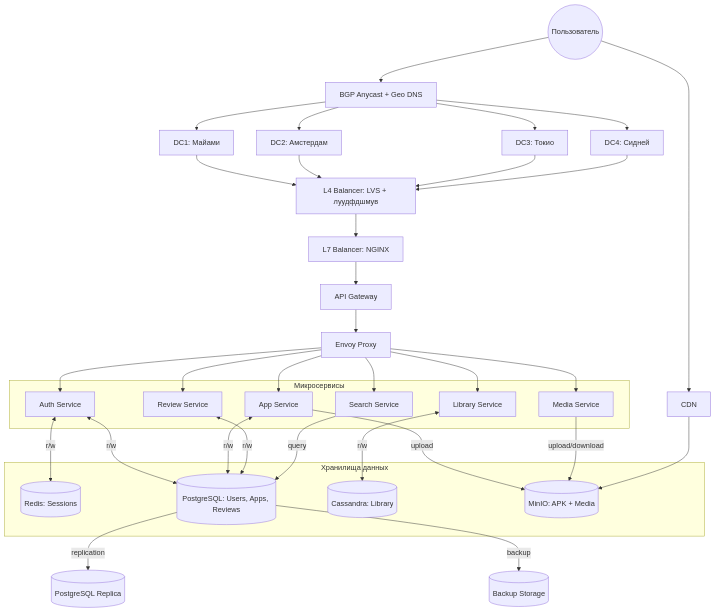
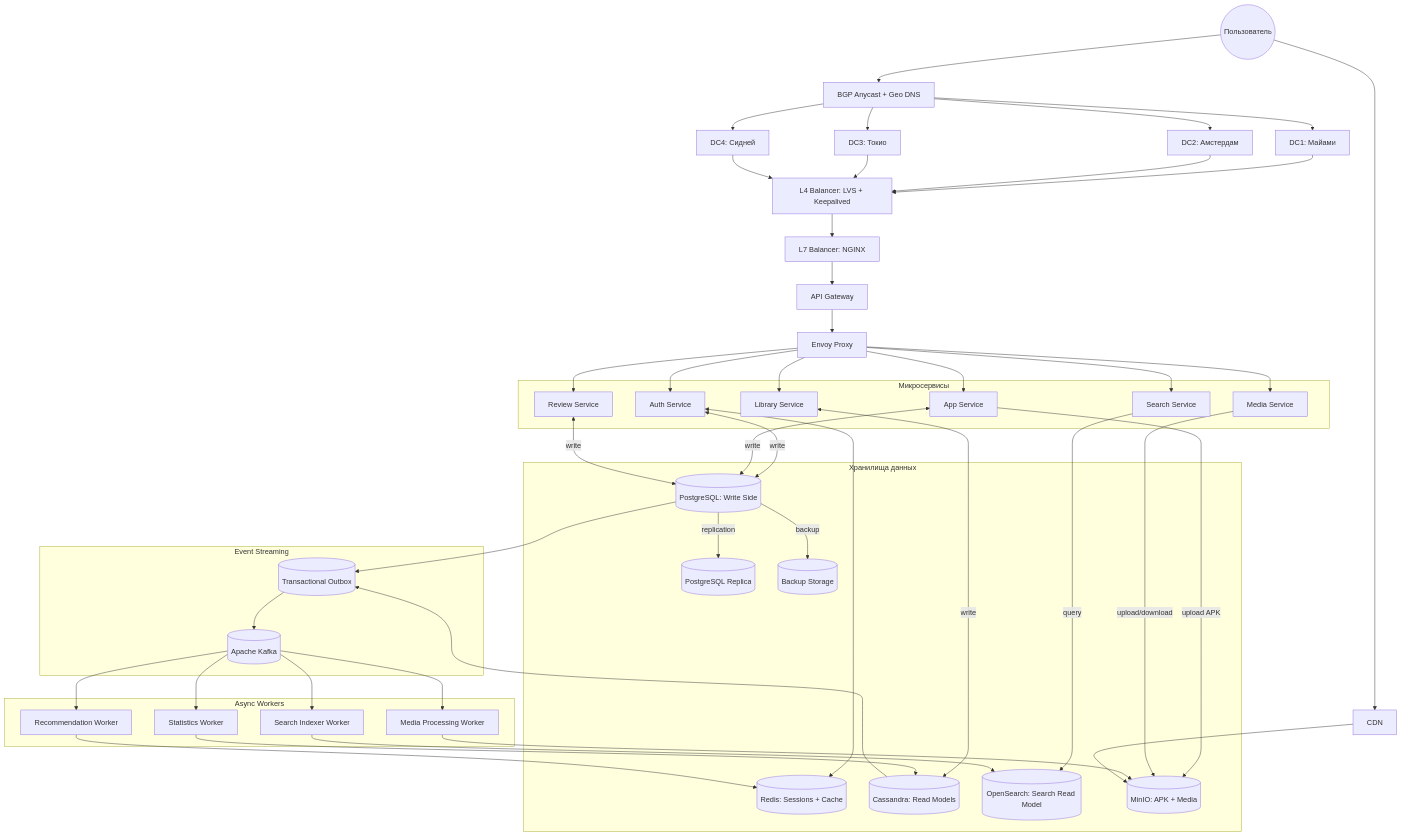
Before and after one commit to Arbit02/vk_highload_2026: the diagram in README.md, drawn with Mermaid. The commit also changed other lines of this file, not shown here.

Commit message:
Update README.md
Правки к ДЗ10: На основе добавленных Асинхронных паттернов ввел Apache Kafka, добавил в схему, также добавил воркеры

````diff
--- a/README.md
+++ b/README.md
@@ -316,10 +318,16 @@
 Anycast --> DC4[DC4: Сидней]
 
 %% ================= Вход в ДЦ =================
-DC1 & DC2 & DC3 & DC4 --> L4[L4 Balancer: LVS + луудфдшмув]
+DC1 & DC2 & DC3 & DC4 --> L4[L4 Balancer: LVS + Keepalived]
 L4 --> L7[L7 Balancer: NGINX]
 L7 --> Gateway[API Gateway]
 Gateway --> Envoy[Envoy Proxy]
+
+%% ================= Kafka =================
+subgraph "Event Streaming"
+    Kafka[(Apache Kafka)]
+    Outbox[(Transactional Outbox)]
+end
 
 %% ================= Микросервисы =================
 subgraph "Микросервисы"
@@ -331,15 +339,39 @@
     MediaS[Media Service]
 end
 
+%% ================= Async Workers =================
+subgraph "Async Workers"
+
+    SearchW[Search Indexer Worker]
+
+    StatsW[Statistics Worker]
+
+    RecoW[Recommendation Worker]
+
+    MediaW[Media Processing Worker]
+
+end
+
 %% ================= Хранилища =================
 subgraph "Хранилища данных"
-    Redis[(Redis: Sessions)]
-    Postgres[(PostgreSQL: Users, Apps, Reviews)]
-    Cassandra[(Cassandra: Library)]
+
+    Redis[(Redis: Sessions + Cache)]
+
+    Postgres[(PostgreSQL: Write Side)]
+
+    PostgresReplica[(PostgreSQL Replica)]
+
+    Cassandra[(Cassandra: Read Models)]
+
+    OpenSearch[(OpenSearch: Search Read Model)]
+
     MinIO[(MinIO: APK + Media)]
+
+    Backup[(Backup Storage)]
+
 end
 
-%% ================= Потоки =================
+%% ================= Request Flow =================
 
 Envoy --> AuthS
 Envoy --> AppS
@@ -348,32 +380,69 @@
 Envoy --> LibraryS
 Envoy --> MediaS
 
-%% Auth
-AuthS <--> |r/w| Redis
-AuthS <--> |r/w| Postgres
+%% ================= Writes =================
 
-%% Apps
-AppS <--> |r/w| Postgres
-AppS --> |upload| MinIO
+AuthS <--> |write| Postgres
 
-%% Reviews
-ReviewS <--> |r/w| Postgres
+AppS <--> |write| Postgres
 
-%% Library
-LibraryS <--> |r/w| Cassandra
+ReviewS <--> |write| Postgres
 
-%% Media
+LibraryS <--> |write| Cassandra
+
+%% ================= Redis =================
+
+AuthS <--> Redis
+
+%% ================= Media =================
+
+AppS --> |upload APK| MinIO
+
 MediaS --> |upload/download| MinIO
 
-%% Search (упрощенный, без ES)
-SearchS --> |query| Postgres
+%% ================= Read Side =================
 
+SearchS --> |query| OpenSearch
 
-%% Репликации и бэкапы
-Postgres --> |replication| PostgresReplica[(PostgreSQL Replica)]
-Postgres --> |backup| Backup[(Backup Storage)]
+%% ================= Outbox Pattern =================
 
-%% CDN / Static
+Postgres --> Outbox
+
+Cassandra --> Outbox
+
+%% ================= Kafka =================
+
+Outbox --> Kafka
+
+%% ================= Kafka Consumers =================
+
+Kafka --> SearchW
+
+Kafka --> StatsW
+
+Kafka --> RecoW
+
+Kafka --> MediaW
+
+%% ================= Worker Actions =================
+
+SearchW --> OpenSearch
+
+StatsW --> Cassandra
+
+RecoW --> Redis
+
+MediaW --> MinIO
+
+%% ================= Репликации и бэкапы =================
+
+Postgres --> |replication| PostgresReplica
+
+Postgres --> |backup| Backup
+
+%% ================= CDN =================
+
 User --> CDN[CDN]
+
 CDN --> MinIO
 ```
````
